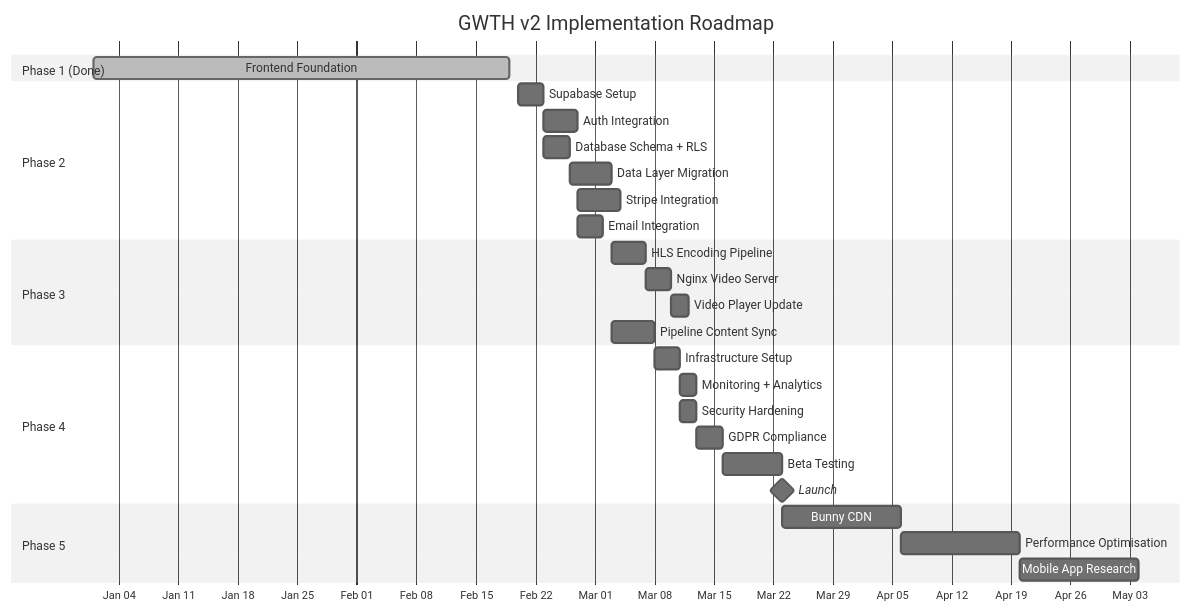
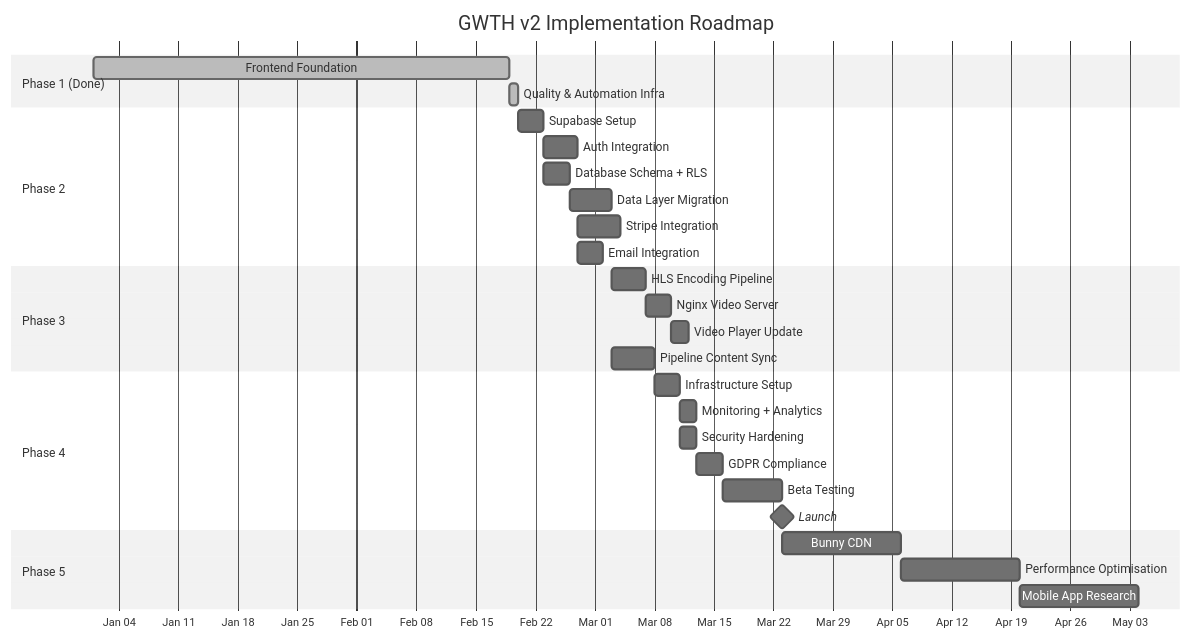
One commit to David-ACG/gwth-v2 changed the diagram in docs/architecture/implementation-roadmap.md. Above: the diagram before and after it, drawn with Mermaid (neutral theme). The commit also changed other lines of this file and 4 other files, not shown here.

````diff
--- a/docs/architecture/implementation-roadmap.md
+++ b/docs/architecture/implementation-roadmap.md
@@ -25,36 +25,37 @@
 ```mermaid
 gantt
     title GWTH v2 Implementation Roadmap
     dateFormat  YYYY-MM-DD
     axisFormat  %b %d
 
     section Phase 1 (Done)
     Frontend Foundation         :done, p1a, 2026-01-01, 2026-02-19
+    Quality & Automation Infra  :done, p1b, 2026-02-19, 2026-02-20
 
     section Phase 2
     Supabase Setup              :p2a, 2026-02-20, 3d
     Auth Integration            :p2b, after p2a, 4d
     Database Schema + RLS       :p2c, after p2a, 3d
     Data Layer Migration        :p2d, after p2c, 5d
     Stripe Integration          :p2e, after p2b, 5d
     Email Integration           :p2f, after p2b, 3d
 
     section Phase 3
     HLS Encoding Pipeline       :p3a, after p2d, 4d
     Nginx Video Server          :p3b, after p3a, 3d
     Video Player Update         :p3c, after p3b, 2d
     Pipeline Content Sync       :p3d, after p2d, 5d
 
     section Phase 4
     Infrastructure Setup        :p4a, after p3d, 3d
     Monitoring + Analytics      :p4b, after p4a, 2d
     Security Hardening          :p4c, after p4a, 2d
     GDPR Compliance             :p4d, after p4c, 3d
     Beta Testing                :p4e, after p4d, 7d
     Launch                      :milestone, after p4e, 0d
 
     section Phase 5
     Bunny CDN                   :p5a, after p4e, 14d
     Performance Optimisation    :p5b, after p5a, 14d
     Mobile App Research         :p5c, after p5b, 14d
 ```
````
